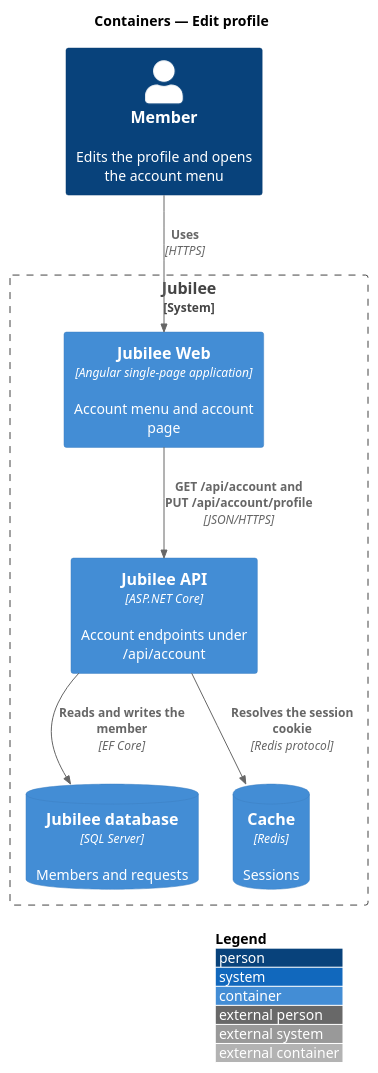
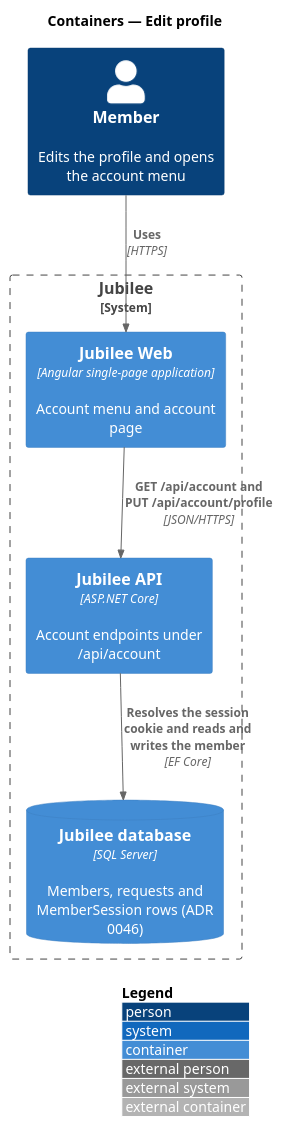
The diagram in docs/detailed-designs/accounts/edit-profile/diagrams/c4-container.puml (QuinntyneBrown/jubilee), drawn with PlantUML before and after one commit. The commit also changed 30 other files, not shown here.

```diff
--- a/docs/detailed-designs/accounts/edit-profile/diagrams/c4-container.puml
+++ b/docs/detailed-designs/accounts/edit-profile/diagrams/c4-container.puml
@@ -1,18 +1,16 @@
 @startuml
 !include <C4/C4_Container>
 LAYOUT_WITH_LEGEND()
 title Containers — Edit profile
 
 
 Person(member, "Member", "Edits the profile and opens the account menu")
 System_Boundary(jubilee, "Jubilee") {
   Container(web, "Jubilee Web", "Angular single-page application", "Account menu and account page")
   Container(api, "Jubilee API", "ASP.NET Core", "Account endpoints under /api/account")
-  ContainerDb(db, "Jubilee database", "SQL Server", "Members and requests")
-  ContainerDb(cache, "Cache", "Redis", "Sessions")
+  ContainerDb(db, "Jubilee database", "SQL Server", "Members, requests and MemberSession rows (ADR 0046)")
 }
 Rel(member, web, "Uses", "HTTPS")
 Rel(web, api, "GET /api/account and PUT /api/account/profile", "JSON/HTTPS")
-Rel(api, cache, "Resolves the session cookie", "Redis protocol")
-Rel(api, db, "Reads and writes the member", "EF Core")
+Rel(api, db, "Resolves the session cookie and reads and writes the member", "EF Core")
 @enduml
```
